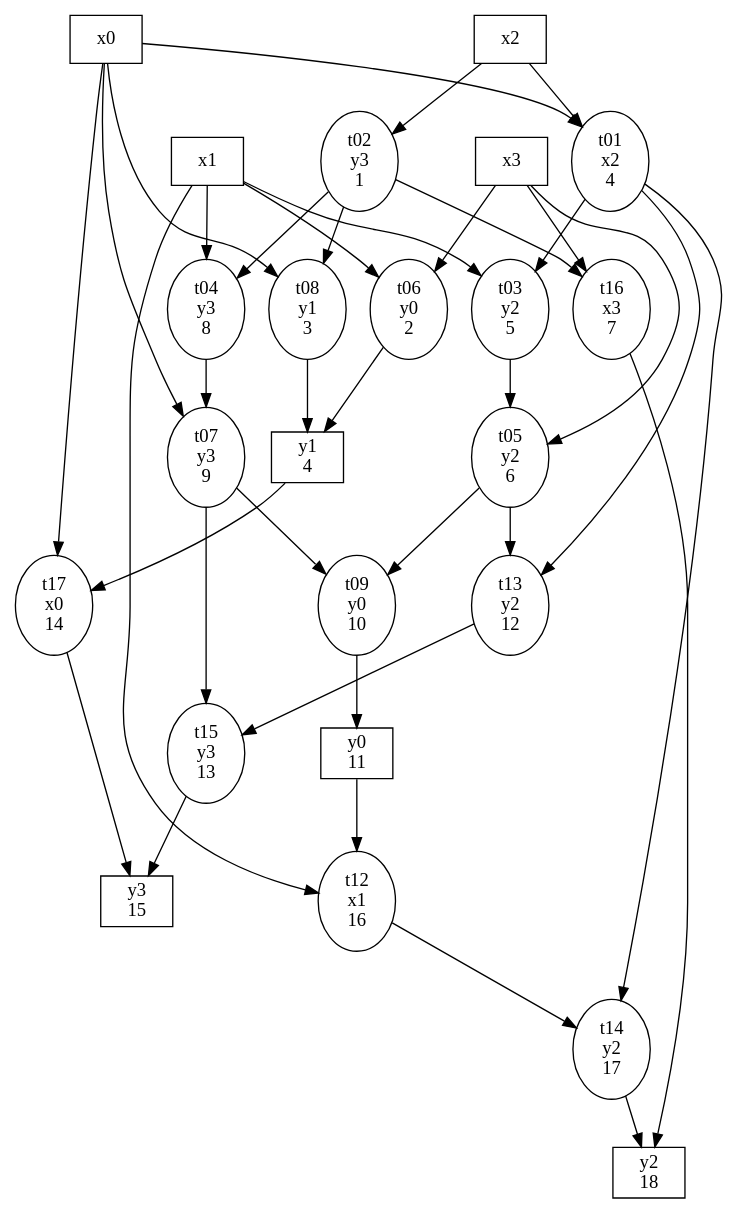
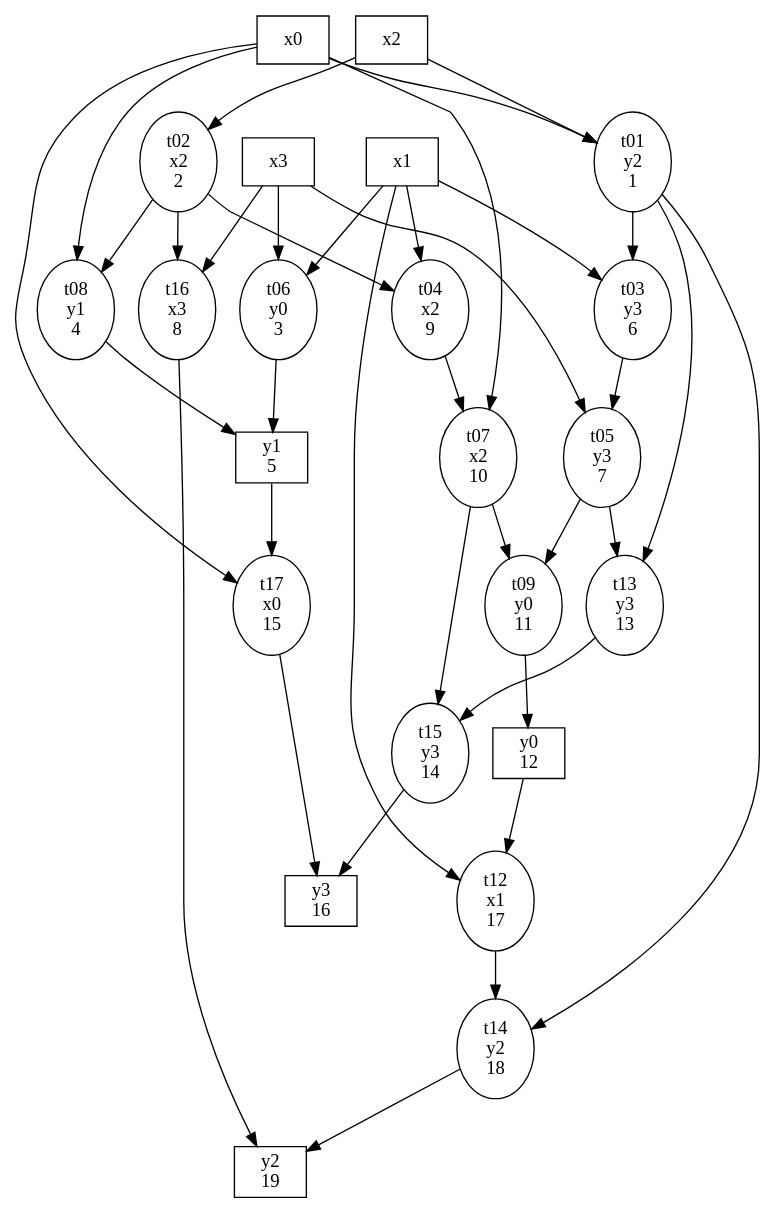
Before and after one commit to jeremyfrench/lsh: the diagram in nettle/misc/serpent-sbox6i.dot, drawn with Graphviz.

Commit message:
Avoid copy for y2.
Rev: nettle/misc/serpent-sbox6i.dot:1.2

```diff
--- a/nettle/misc/serpent-sbox6i.dot
+++ b/nettle/misc/serpent-sbox6i.dot
@@ -1,71 +1,57 @@
 strict digraph sbox6i {
-  x0 [shape=box, label="\N"];
-  x1 [shape=box, label="\N"];
-  x2 [shape=box, label="\N"];
-  x3 [shape=box, label="\N"];
+  x0 [shape=box];
+  x1 [shape=box];
+  x2 [shape=box];
+  x3 [shape=box];
 
-  y0 [shape=box, label="\N"];
-  y1 [shape=box, label="\N"];
-  y2 [shape=box, label="\N"];
-  y3 [shape=box, label="\N"];
-
-  // To get to y1, we need to save t02
-  // To get to y3, we need to save y1, t02, t05, t07, t01
-  // To get to y0, we need to save t02, t07, t05, t01
+  y0 [shape=box];
+  y1 [shape=box];
+  y2 [shape=box];
+  y3 [shape=box];
 
   // Get to y1
-  t02 [label="\N\ny3\n1"];
-  t06 [label="\N\ny0\n2"];
-  t08 [label="\N\ny1\n3"];
-  y1  [label="\N\n4"];
+  t01 [label="\N\ny2\n1"];
+  t02 [label="\N\nx2\n2"];
+  t06 [label="\N\ny0\n3"];
+  t08 [label="\N\ny1\n4"];
+  y1  [label="\N\n5"];
   // Get to t05
-  t01 [label="\N\nx2\n4"];
-  t03 [label="\N\ny2\n5"];
-  t05 [label="\N\ny2\n6"];
+  t03 [label="\N\ny3\n6"];
+  t05 [label="\N\ny3\n7"];
   // Get to t07
-  t16 [label="\N\nx3\n7"];
-  t04 [label="\N\ny3\n8"];
-  t07 [label="\N\ny3\n9"];  
+  t16 [label="\N\nx3\n8"];
+  t04 [label="\N\nx2\n9"];
+  t07 [label="\N\nx2\n10"];  
   // Get to y0
-  t09 [label="\N\ny0\n10"];
-  y0  [label="\N\n11"];
+  t09 [label="\N\ny0\n11"];
+  y0  [label="\N\n12"];
   // Get to y3
-  t13 [label="\N\ny2\n12"];
-  t15 [label="\N\ny3\n13"];
-  t17 [label="\N\nx0\n14"];
-  y3  [label="\N\n15"];
+  t13 [label="\N\ny3\n13"];
+  t15 [label="\N\ny3\n14"];
+  t17 [label="\N\nx0\n15"];
+  y3  [label="\N\n16"];
   // Get to y2
-  t12 [label="\N\nx1\n16"];
-  t14 [label="\N\ny2\n17"];
-  y2  [label="\N\n18"];
-  
-  // t02 [label="\N\nx2\n1"];
-  // t08 [label="\N\ny1\n2"];
-  // t06 [label="\N\ny2\n3"];
-  // y1  [label="\N\n4", shape=box];
-  // t04 [label="\N\ny0\n6"];
-  // t07 [label="\N\ny0\n7"];
-  // t16 [label="\N\nx2\n9"];
-  // t03 [label="\N\ny2\n10"];
-  // t05 [label="\N\nx3\n11"];
-  
+  t12 [label="\N\nx1\n17"];
+  t14 [label="\N\ny2\n18"];
+  y2  [label="\N\n19"];
+    
   x0  -> t01; x2 -> t01;  // t01 = x0  ^ x2;
   x2  -> t02;             // t02 =     ~ x2;
   x1  -> t03; t01-> t03;  // t03 = x1  & t01;
   x1  -> t04; t02-> t04;  // t04 = x1  | t02;
   x3  -> t05; t03-> t05;  // t05 = x3  | t03;
   x1  -> t06; x3 -> t06;  // t06 = x1  ^ x3;
   x0  -> t07; t04-> t07;  // t07 = x0  & t04;
   x0  -> t08; t02-> t08;  // t08 = x0  | t02;
   t07 -> t09; t05-> t09;  // t09 = t07 ^ t05;
   t06 -> y1;  t08-> y1;   // y1  = t06 ^ t08;
   t09 -> y0;              // y0  =     ~ t09;
   x1  -> t12; y0 -> t12;  // t12 = x1  & y0;
   t01 -> t13; t05-> t13;  // t13 = t01 & t05;
   t01 -> t14; t12-> t14;  // t14 = t01 ^ t12;
   t07 -> t15; t13-> t15;  // t15 = t07 ^ t13;
   x3  -> t16; t02-> t16;  // t16 = x3  | t02;
   x0  -> t17; y1 -> t17;  // t17 = x0  ^ y1;
   t17 -> y3;  t15-> y3;   // y3  = t17 ^ t15;
   t16 -> y2;  t14-> y2;   // y2  = t16 ^ t14;
 }
```
